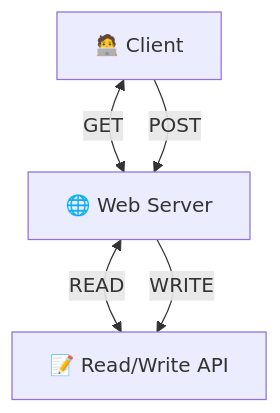
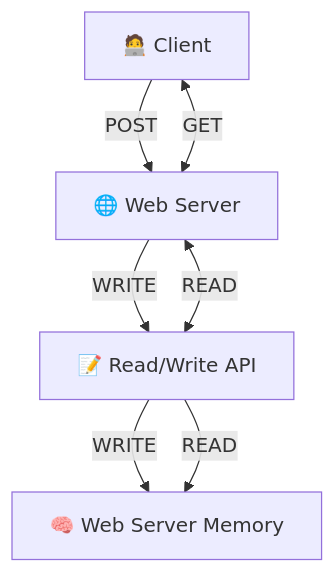
Before and after one commit to clockworkpc/simsite: the first of 13 diagrams in mermaid_demo.md, drawn with Mermaid. The commit also changed other lines of this file, not shown here.

````diff
--- a/mermaid_demo.md
+++ b/mermaid_demo.md
@@ -7,10 +7,15 @@
 ```mermaid
 graph TD
     client[🧑‍💻 Client]
     web[🌐 Web Server]
-    client <-->|GET| web
     client -->|POST| web
+    client <-->|GET | web
+
     readwriteapi[📝 Read/Write API]
+    web -->|WRITE| readwriteapi
     web <-->|READ| readwriteapi
-    web -->|WRITE| readwriteapi
+
+    webmemory[🧠 Web Server Memory]
+    readwriteapi -->|WRITE| webmemory
+    readwriteapi -->|READ| webmemory
 ```
````
